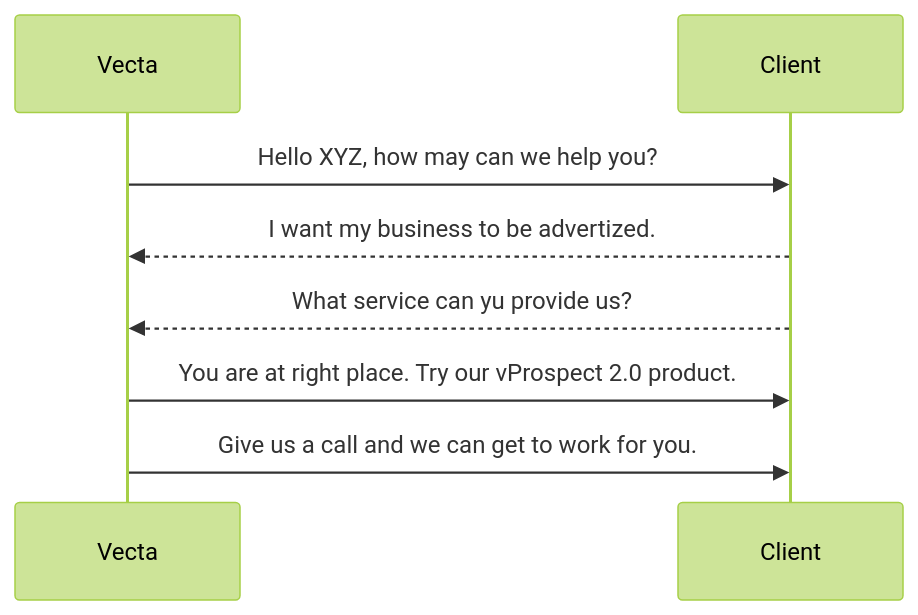
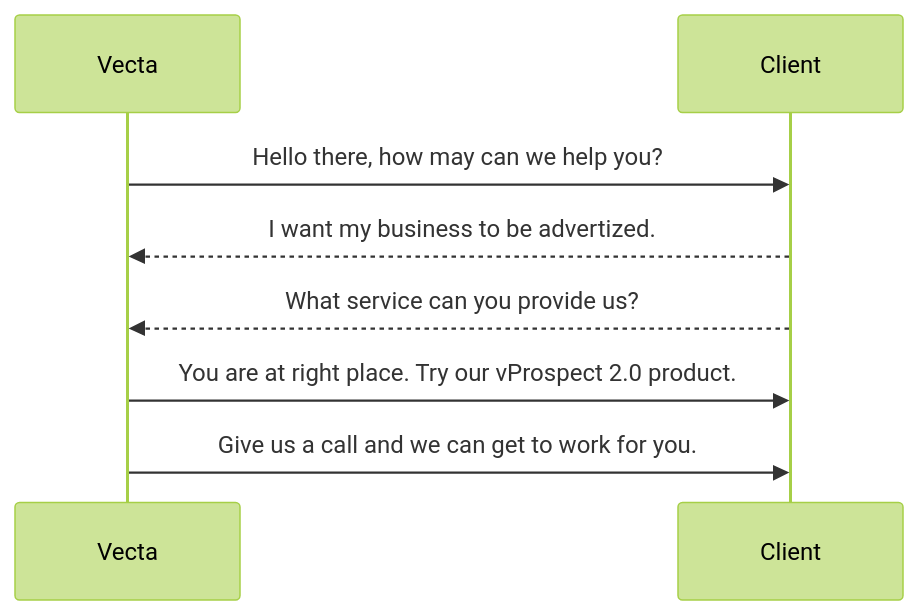
Before and after one commit to AnujaChivate/CS648_01_Assignment_1: the diagram in README.md, drawn with Mermaid (forest theme).

Commit message:
Update README.md
Updated spellings

````diff
--- a/README.md
+++ b/README.md
@@ -22,8 +22,8 @@
 ```mermaid
 sequenceDiagram
-Vecta ->> Client: Hello XYZ, how may can we help you?
+Vecta ->> Client: Hello there, how may can we help you?
 Client-->>Vecta: I want my business to be advertized.
-Client-->>Vecta: What service can yu provide us?
+Client-->>Vecta: What service can you provide us?
 Vecta ->> Client: You are at right place. Try our vProspect 2.0 product.
 Vecta ->> Client: Give us a call and we can get to work for you.
 ```
````
